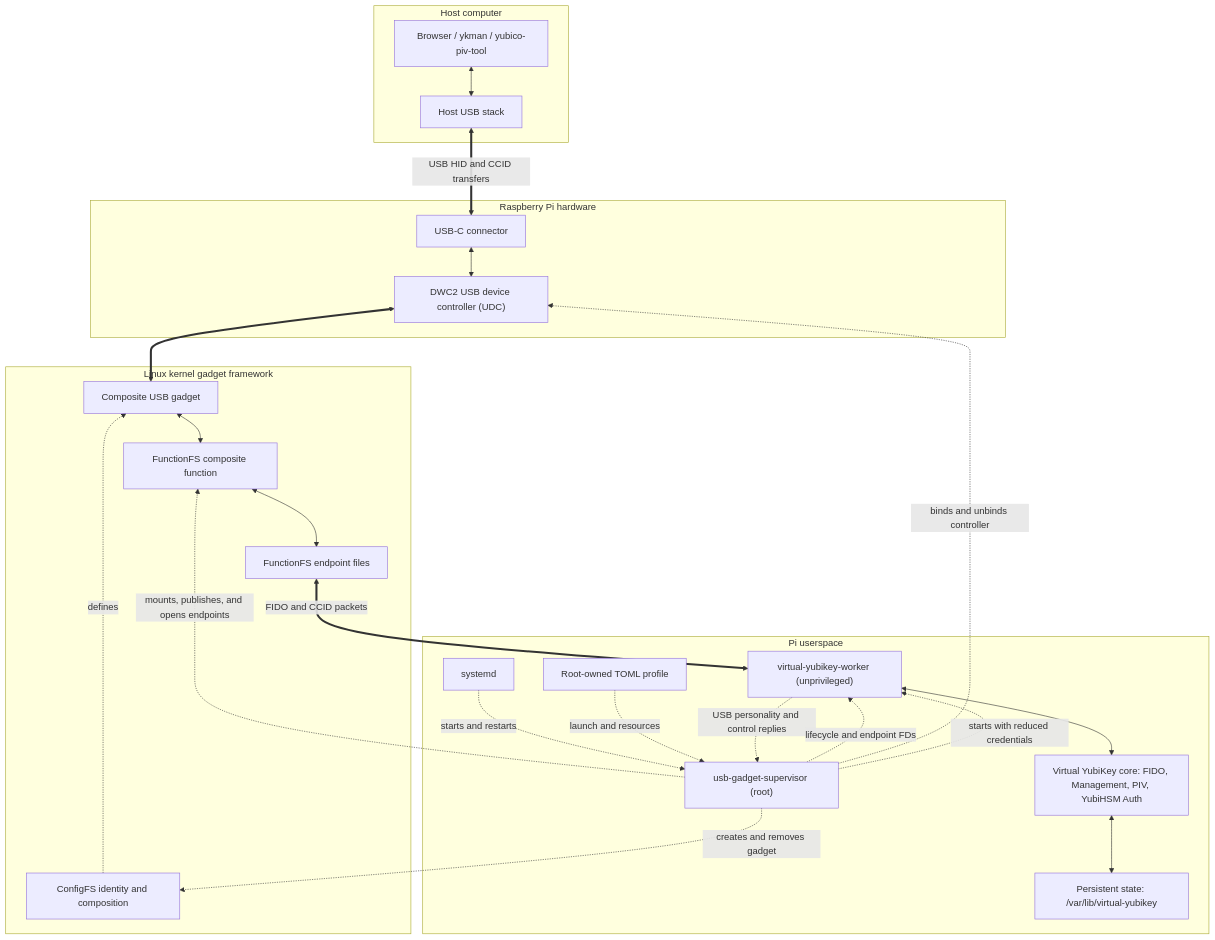
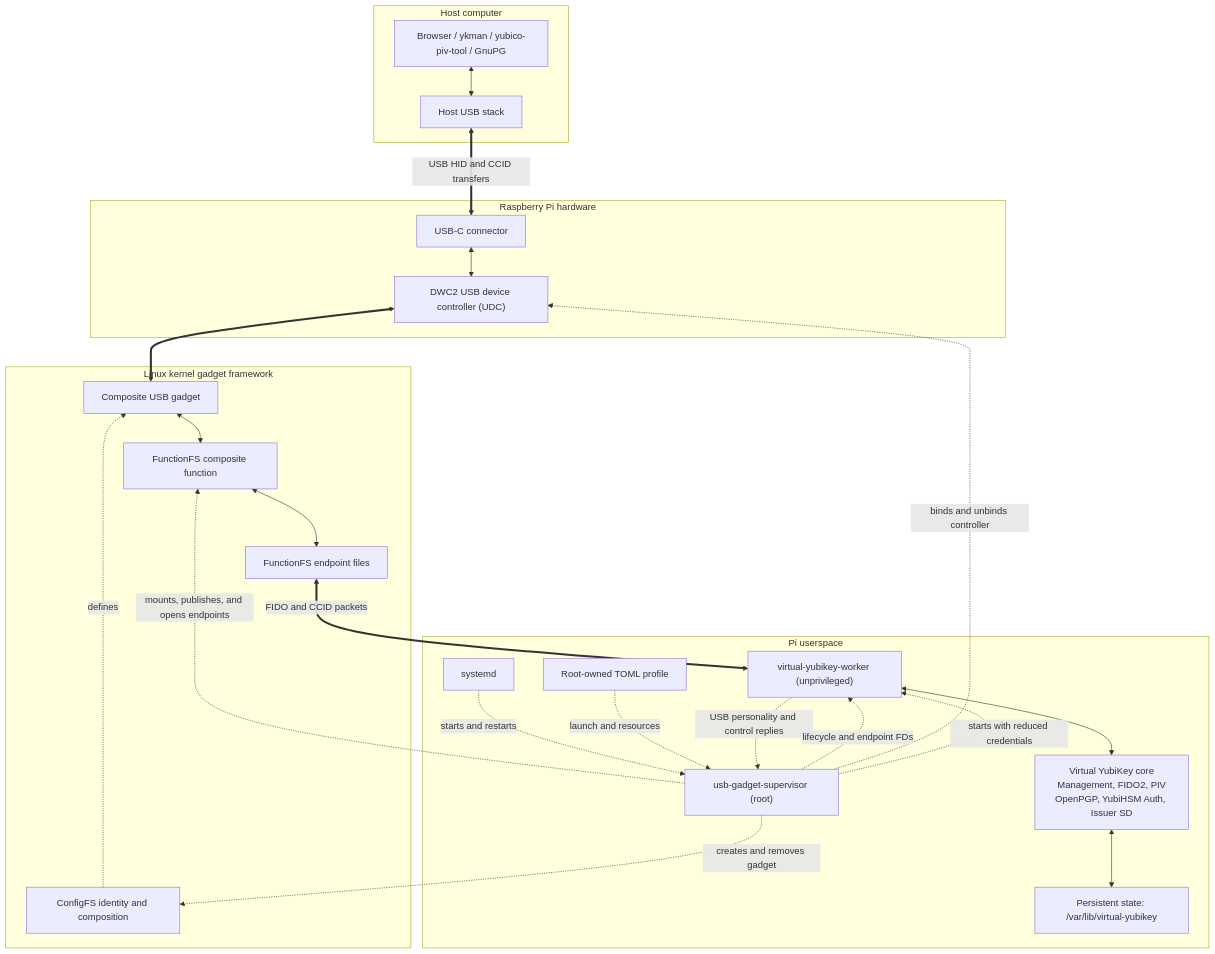
The first of 5 diagrams in docs/usb-gadget-architecture.md (qpernil/virtual-yubikey), drawn with Mermaid before and after one commit. The commit also changed other lines of this file and 9 other files, not shown here.

Commit message:
Document the complete virtual YubiKey applet scope

````diff
--- a/docs/usb-gadget-architecture.md
+++ b/docs/usb-gadget-architecture.md
@@ -17,51 +17,51 @@
 ```mermaid
 flowchart TB
     subgraph Host["Host computer"]
-        Apps["Browser / ykman / yubico-piv-tool"]
+        Apps["Browser / ykman / yubico-piv-tool / GnuPG"]
         HostUSB["Host USB stack"]
         Apps <--> HostUSB
     end
 
     HostUSB <== "USB HID and CCID transfers" ==> USBC
 
     subgraph Hardware["Raspberry Pi hardware"]
         USBC["USB-C connector"]
         DWC2["DWC2 USB device controller (UDC)"]
         USBC <--> DWC2
     end
 
     DWC2 <==> GadgetCore
 
     subgraph Kernel["Linux kernel gadget framework"]
         GadgetCore["Composite USB gadget"]
         ConfigFS["ConfigFS identity and composition"]
         FFS["FunctionFS composite function"]
         FFSEps["FunctionFS endpoint files"]
 
         ConfigFS -. "defines" .-> GadgetCore
         GadgetCore <--> FFS
         FFS <--> FFSEps
     end
 
     subgraph Userspace["Pi userspace"]
         Systemd["systemd"]
         Profile["Root-owned TOML profile"]
         Supervisor["usb-gadget-supervisor (root)"]
         Worker["virtual-yubikey-worker (unprivileged)"]
-        Core["Virtual YubiKey core: FIDO, Management, PIV, YubiHSM Auth"]
+        Core["Virtual YubiKey core<br/>Management, FIDO2, PIV<br/>OpenPGP, YubiHSM Auth, Issuer SD"]
         State["Persistent state: /var/lib/virtual-yubikey"]
 
         Systemd -. "starts and restarts" .-> Supervisor
         Profile -. "launch and resources" .-> Supervisor
         Worker -. "USB personality and control replies" .-> Supervisor
         Supervisor -. "lifecycle and endpoint FDs" .-> Worker
         FFSEps <== "FIDO and CCID packets" ==> Worker
         Worker <--> Core
         Core <--> State
     end
 
     Supervisor -. "creates and removes gadget" .-> ConfigFS
     Supervisor -. "mounts, publishes, and opens endpoints" .-> FFS
     Supervisor -. "binds and unbinds controller" .-> DWC2
     Supervisor -. "starts with reduced credentials" .-> Worker
 ```
````
